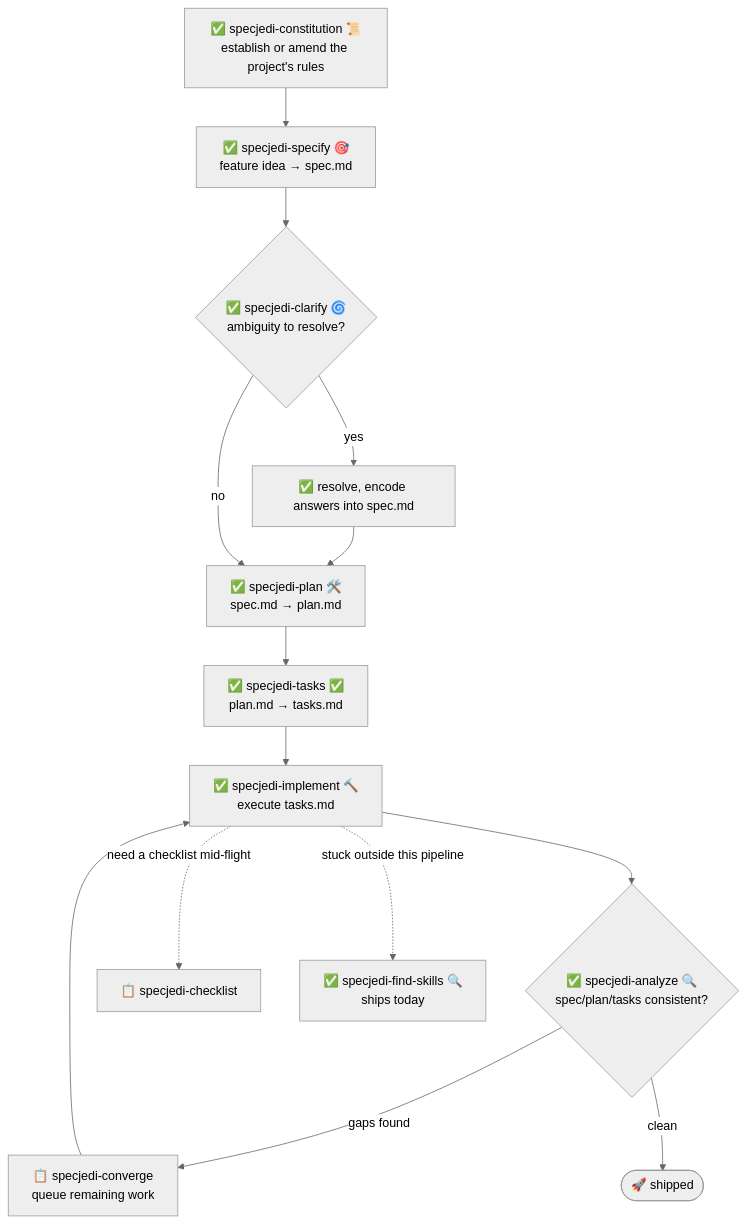
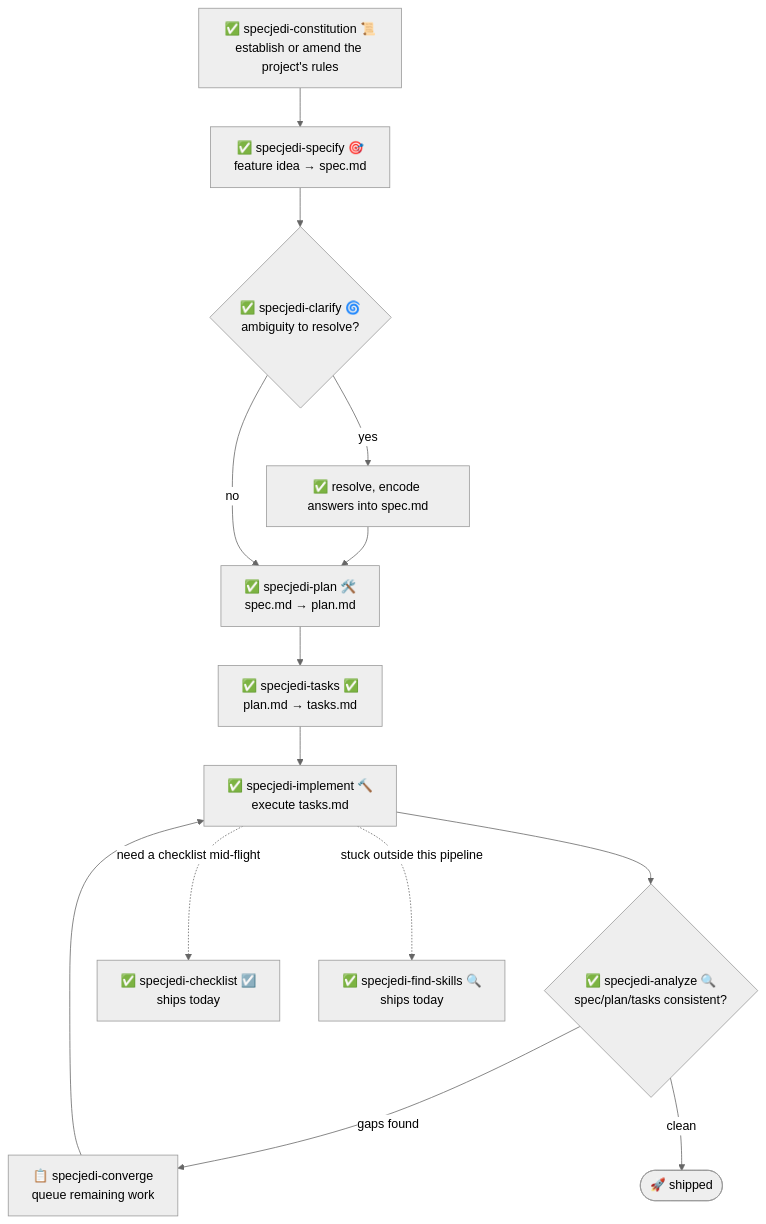
Before and after one commit to jonyfs/spec-jedi: the second of 2 diagrams in README.md, drawn with Mermaid (neutral theme). The commit also changed other lines of this file and 4 other files, not shown here.

First line of the commit message:
feat: ship specjedi-checklist — P8 of the specjedi-* pipeline (constitution v1.14.6) (#26)

````diff
--- a/README.md
+++ b/README.md
@@ -303,14 +307,14 @@
 ```mermaid
 flowchart TD
     A["✅ specjedi-constitution 📜<br/>establish or amend the project's rules"] --> B["✅ specjedi-specify 🎯<br/>feature idea → spec.md"]
     B --> C{"✅ specjedi-clarify 🌀<br/>ambiguity to resolve?"}
     C -->|yes| C2["✅ resolve, encode answers into spec.md"] --> D
     C -->|no| D["✅ specjedi-plan 🛠️<br/>spec.md → plan.md"]
     D --> E["✅ specjedi-tasks ✅<br/>plan.md → tasks.md"]
     E --> F["✅ specjedi-implement 🔨<br/>execute tasks.md"]
     F --> G{"✅ specjedi-analyze 🔍<br/>spec/plan/tasks consistent?"}
     G -->|gaps found| H["📋 specjedi-converge<br/>queue remaining work"] --> F
     G -->|clean| I(["🚀 shipped"])
-    F -.->|need a checklist mid-flight| J["📋 specjedi-checklist"]
+    F -.->|need a checklist mid-flight| J["✅ specjedi-checklist ☑️<br/>ships today"]
     F -.->|stuck outside this pipeline| K["✅ specjedi-find-skills 🔍<br/>ships today"]
 ```
````
